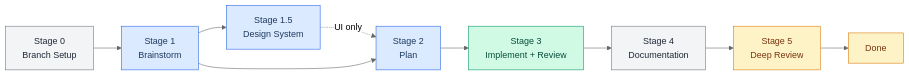
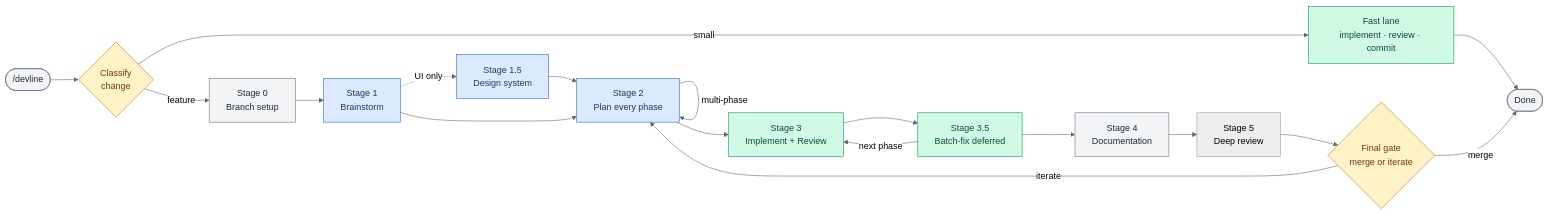
One commit to Conava/claude-devline changed the second of 5 diagrams in README.md. Above: the diagram before and after it, drawn with Mermaid. The commit also changed other lines of this file, not shown here.

````diff
--- a/README.md
+++ b/README.md
@@ -143,22 +125,33 @@
 ```mermaid
 %%{init: {'theme': 'neutral'}}%%
 flowchart LR
-    s0["Stage 0\nBranch Setup"] --> s1["Stage 1\nBrainstorm"]
-    s1 --> s15["Stage 1.5\nDesign System"]
-    s15 -. "UI only" .-> s2["Stage 2\nPlan"]
+    start(["/devline"]) --> triage{"Classify\nchange"}
+    triage -->|small| fast["Fast lane\nimplement · review · commit"]
+    fast --> done(["Done"])
+
+    triage -->|feature| s0["Stage 0\nBranch setup"]
+    s0 --> s1["Stage 1\nBrainstorm"]
+    s1 -. "UI only" .-> s15["Stage 1.5\nDesign system"]
+    s15 --> s2["Stage 2\nPlan every phase"]
     s1 --> s2
+    s2 -->|multi-phase| s2
     s2 --> s3["Stage 3\nImplement + Review"]
-    s3 --> s4["Stage 4\nDocumentation"]
-    s4 --> s5["Stage 5\nDeep Review"]
-    s5 --> done["Done"]
+    s3 --> s35["Stage 3.5\nBatch-fix deferred"]
+    s35 -->|next phase| s3
+    s35 --> s4["Stage 4\nDocumentation"]
+    s4 --> s5["Stage 5\nDeep review"]
+    s5 --> gate{"Final gate\nmerge or iterate"}
+    gate -->|iterate| s2
+    gate -->|merge| done
 
     classDef auto fill:#f3f4f6,stroke:#6b7280,color:#1f2937
     classDef interactive fill:#dbeafe,stroke:#2563eb,color:#1e3a5f
     classDef impl fill:#d1fae5,stroke:#059669,color:#064e3b
-    classDef final fill:#fef3c7,stroke:#d97706,color:#78350f
+    classDef decision fill:#fef3c7,stroke:#d97706,color:#78350f
 
     class s0,s4 auto
     class s1,s15,s2 interactive
-    class s3 impl
-    class s5,done final
+    class s3,s35,fast impl
+    class triage,gate decision
+    class start,done auto
 ```
````
